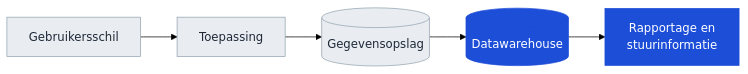
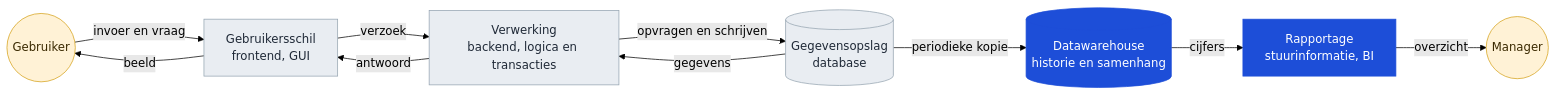
One commit to Npuls-OKx/meta changed the second of 4 diagrams in presentaties/src/260904_ai_houdbaarheid.md. Above: the diagram before and after it, drawn with Mermaid (forest theme). The commit also changed other lines of this file and 2 other files, not shown here.

````diff
--- a/presentaties/src/260904_ai_houdbaarheid.md
+++ b/presentaties/src/260904_ai_houdbaarheid.md
@@ -151,12 +152,26 @@
 ```mermaid
 flowchart LR
-  UI["Gebruikersschil"] --> APP["Toepassing"]
-  APP --> DB[("Gegevensopslag")]
-  DB --> DWH[("Datawarehouse")]
-  DWH --> BI["Rapportage en<br/>stuurinformatie"]
-  style UI fill:#e9edf2,stroke:#94a3b0,color:#1f2937
-  style APP fill:#e9edf2,stroke:#94a3b0,color:#1f2937
+  U(("Gebruiker"))
+  GUI["Gebruikersschil<br/>frontend, GUI"]
+  BE["Verwerking<br/>backend, logica en transacties"]
+  DB[("Gegevensopslag<br/>database")]
+  U -- "invoer en vraag" --> GUI
+  GUI -- "verzoek" --> BE
+  BE -- "opvragen en schrijven" --> DB
+  DB -- "gegevens" --> BE
+  BE -- "antwoord" --> GUI
+  GUI -- "beeld" --> U
+  DWH[("Datawarehouse<br/>historie en samenhang")]
+  BI["Rapportage<br/>stuurinformatie, BI"]
+  M(("Manager"))
+  DB -- "periodieke kopie" --> DWH
+  DWH -- "cijfers" --> BI
+  BI -- "overzicht" --> M
+  style U fill:#fff2d6,stroke:#D4A017,color:#3b2a02
+  style GUI fill:#e9edf2,stroke:#94a3b0,color:#1f2937
+  style BE fill:#e9edf2,stroke:#94a3b0,color:#1f2937
   style DB fill:#e9edf2,stroke:#94a3b0,color:#1f2937
   style DWH fill:#1D4ED8,stroke:#1D4ED8,color:#ffffff
   style BI fill:#1D4ED8,stroke:#1D4ED8,color:#ffffff
+  style M fill:#fff2d6,stroke:#D4A017,color:#3b2a02
 ```
````
